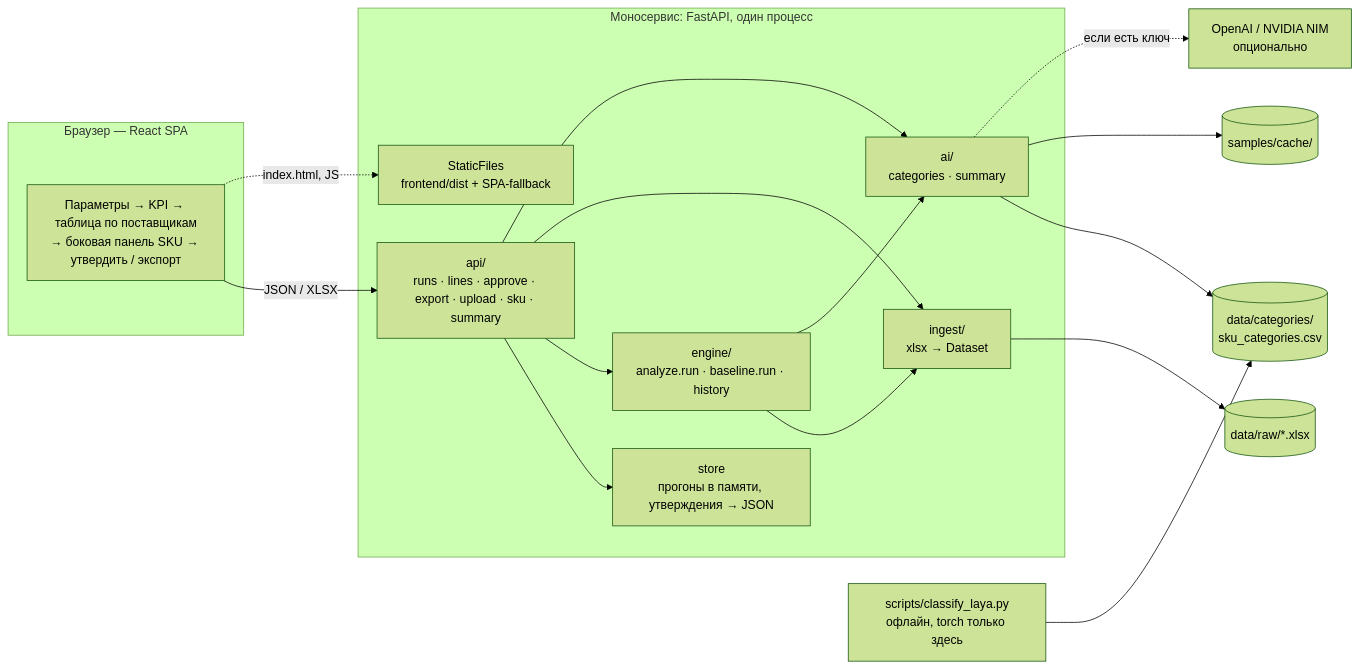
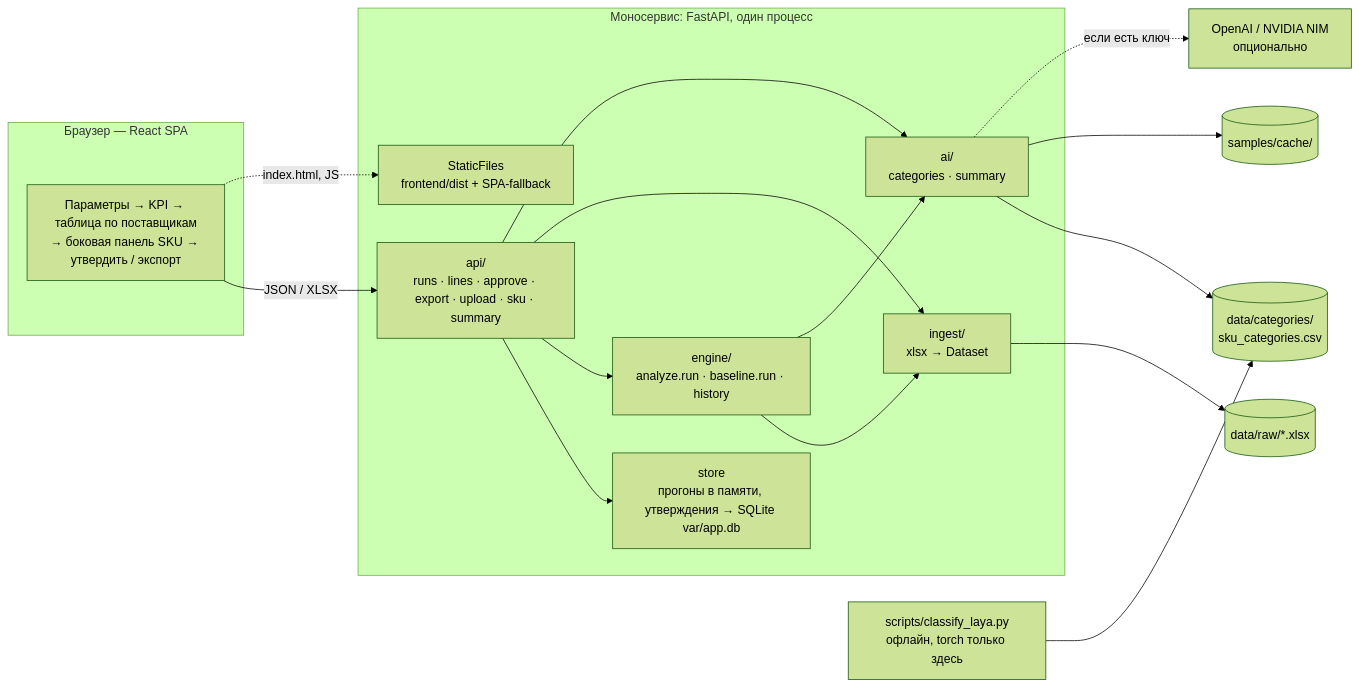
Before and after one commit to BAITC-Hacks/hack-aa7e8423-grimstack: the diagram in docs/design.md, drawn with Mermaid (forest theme). The commit also changed other lines of this file, not shown here.

Commit message:
docs: утверждения хранятся в SQLite var/app.db, а не в JSON

````diff
--- a/docs/design.md
+++ b/docs/design.md
@@ -40,33 +40,33 @@
 ```mermaid
 flowchart LR
   subgraph Browser["Браузер — React SPA"]
     UI["Параметры → KPI → таблица по поставщикам<br/>→ боковая панель SKU → утвердить / экспорт"]
   end
   subgraph Mono["Моносервис: FastAPI, один процесс"]
     API["api/<br/>runs · lines · approve · export · upload · sku · summary"]
-    STORE["store<br/>прогоны в памяти, утверждения → JSON"]
+    STORE["store<br/>прогоны в памяти, утверждения → SQLite var/app.db"]
     ENG["engine/<br/>analyze.run · baseline.run · history"]
     ING["ingest/<br/>xlsx → Dataset"]
     AI["ai/<br/>categories · summary"]
     STATIC["StaticFiles<br/>frontend/dist + SPA-fallback"]
   end
   RAW[("data/raw/*.xlsx")]
   CAT[("data/categories/<br/>sku_categories.csv")]
   CACHE[("samples/cache/")]
   LAYA["scripts/classify_laya.py<br/>офлайн, torch только здесь"]
   LLM["OpenAI / NVIDIA NIM<br/>опционально"]
 
   UI -- "JSON / XLSX" --> API
   UI -. "index.html, JS" .-> STATIC
   API --> STORE
   API --> ENG
   API --> ING
   API --> AI
   ENG --> ING
   ENG --> AI
   ING --> RAW
   AI --> CAT
   AI --> CACHE
   AI -. "если есть ключ" .-> LLM
   LAYA --> CAT
 ```
````
